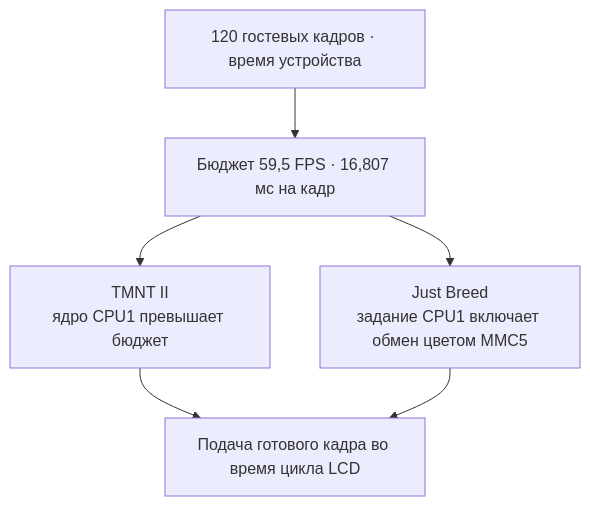
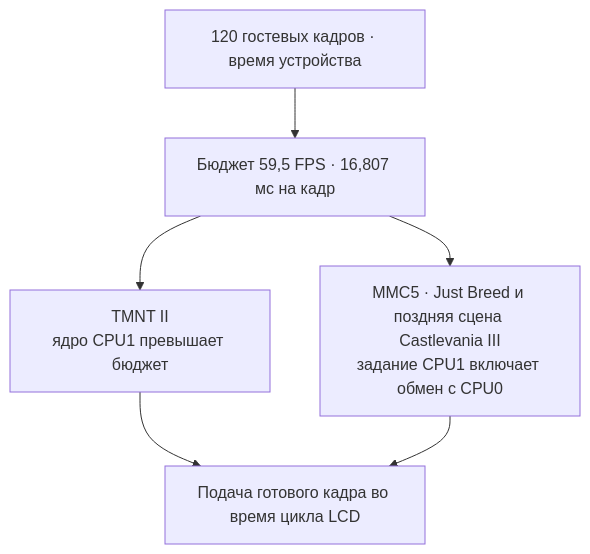
One commit to KirPoz/bitvyr changed the fourth of 4 diagrams in bitvyr_nes_p4c6/betta/docs/02-architecture.md. Above: the diagram before and after it, drawn with Mermaid. The commit also changed other lines of this file and 37 other files, not shown here.

````diff
--- a/bitvyr_nes_p4c6/betta/docs/02-architecture.md
+++ b/bitvyr_nes_p4c6/betta/docs/02-architecture.md
@@ -117,8 +129,8 @@
 ```mermaid
 flowchart TD
     R["120 гостевых кадров · время устройства"] --> B["Бюджет 59,5 FPS · 16,807 мс на кадр"]
     B --> W["TMNT II<br/>ядро CPU1 превышает бюджет"]
-    B --> C["Just Breed<br/>задание CPU1 включает обмен цветом MMC5"]
+    B --> C["MMC5 · Just Breed и поздняя сцена Castlevania III<br/>задание CPU1 включает обмен с CPU0"]
     W --> P["Подача готового кадра во время цикла LCD"]
     C --> P
 ```
````
